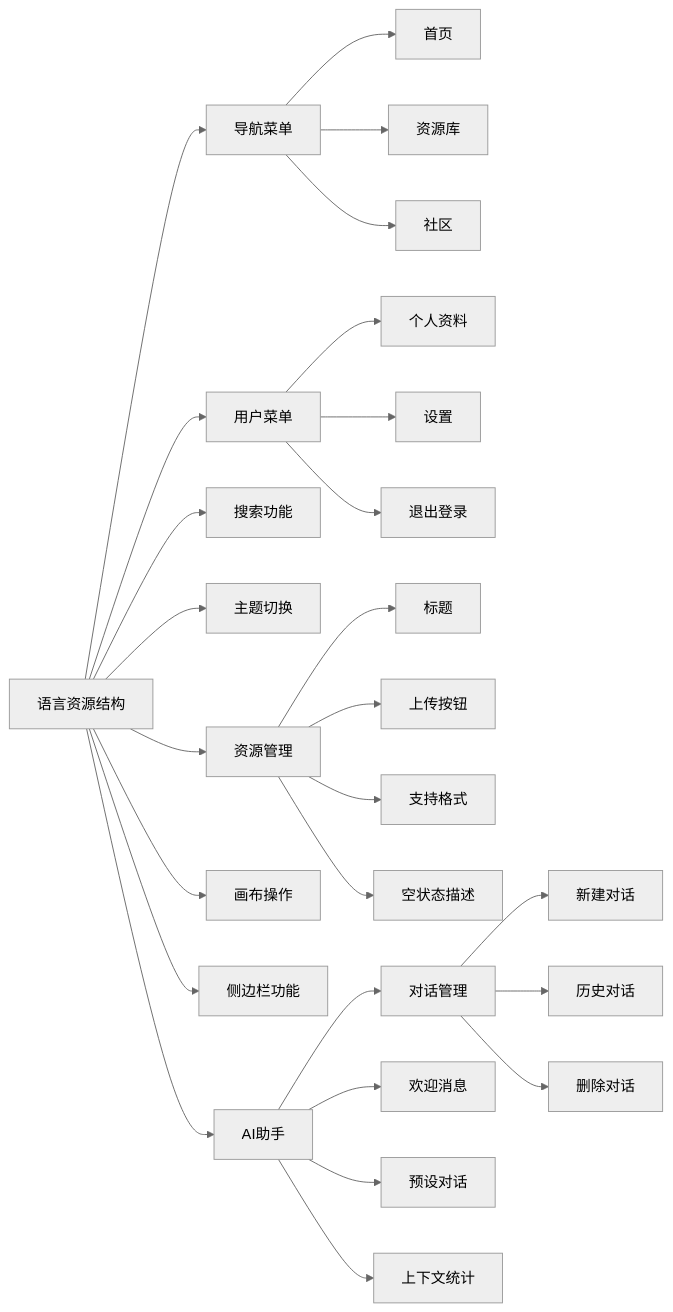
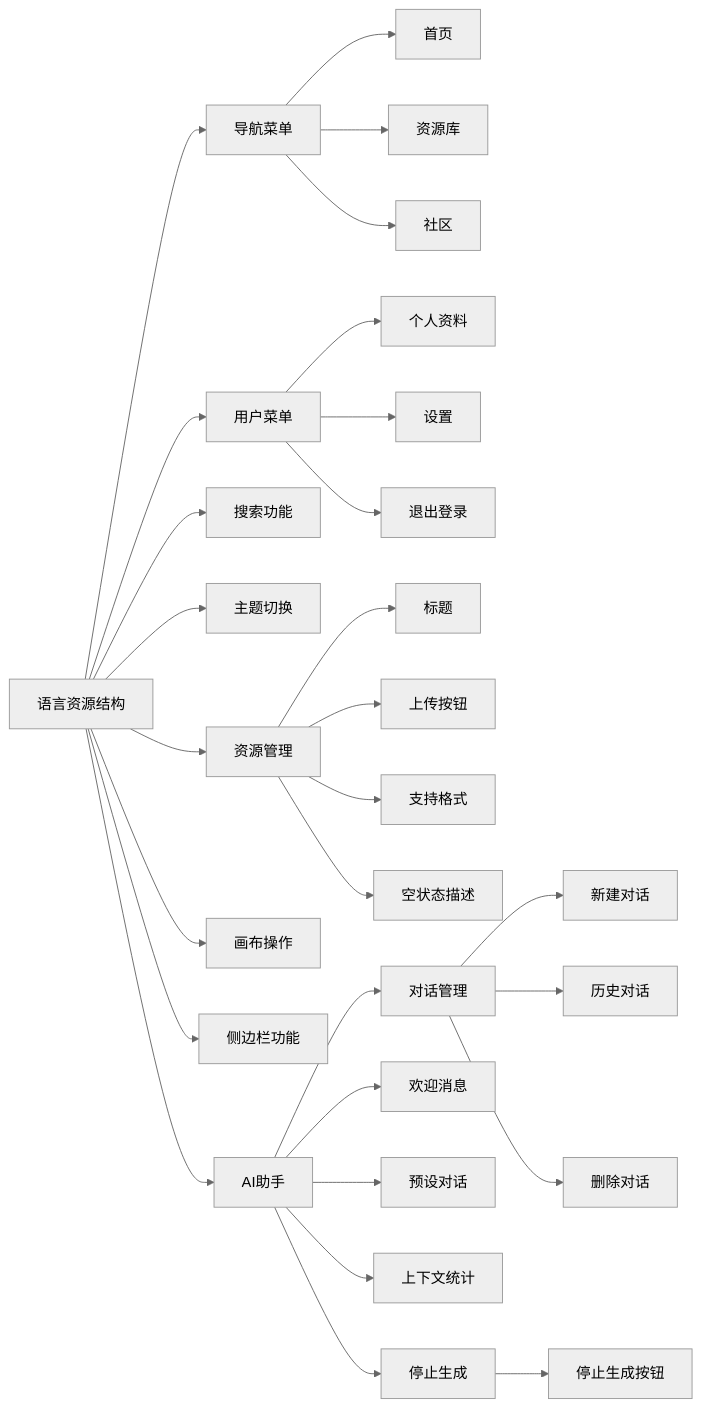
One commit to KunLabAI/KunFlix changed the sixth of 11 diagrams in .qoder/repowiki/zh/content/系统架构/前端架构/国际化系统/国际化系统.md. Above: the diagram before and after it, drawn with Mermaid (neutral theme). The commit also changed other lines of this file and 15 other files, not shown here.

````diff
--- a/.qoder/repowiki/zh/content/系统架构/前端架构/国际化系统/国际化系统.md
+++ b/.qoder/repowiki/zh/content/系统架构/前端架构/国际化系统/国际化系统.md
@@ -273,28 +278,30 @@
 ```mermaid
 graph LR
 A[语言资源结构] --> B[导航菜单]
 A --> C[用户菜单]
 A --> D[搜索功能]
 A --> E[主题切换]
 A --> F[资源管理]
 A --> G[画布操作]
 A --> H[侧边栏功能]
 A --> I[AI助手]
 B --> B1[首页]
 B --> B2[资源库]
 B --> B3[社区]
 C --> C1[个人资料]
 C --> C2[设置]
 C --> C3[退出登录]
 F --> F1[标题]
 F --> F2[上传按钮]
 F --> F3[支持格式]
 F --> F4[空状态描述]
 I --> I1[对话管理]
 I --> I2[欢迎消息]
 I --> I3[预设对话]
 I --> I4[上下文统计]
+I --> I5[停止生成]
 I1 --> I1a[新建对话]
 I1 --> I1b[历史对话]
 I1 --> I1c[删除对话]
+I5 --> I5a[停止生成按钮]
 ```
````
